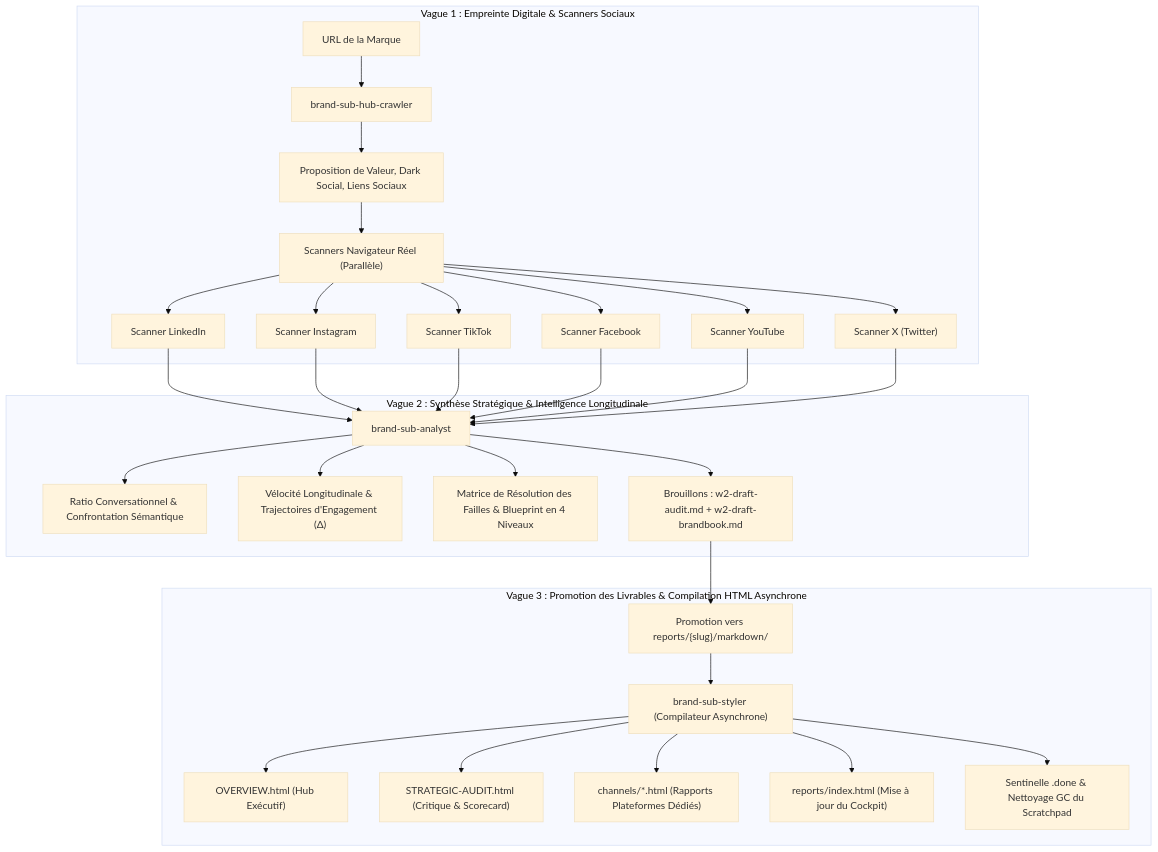
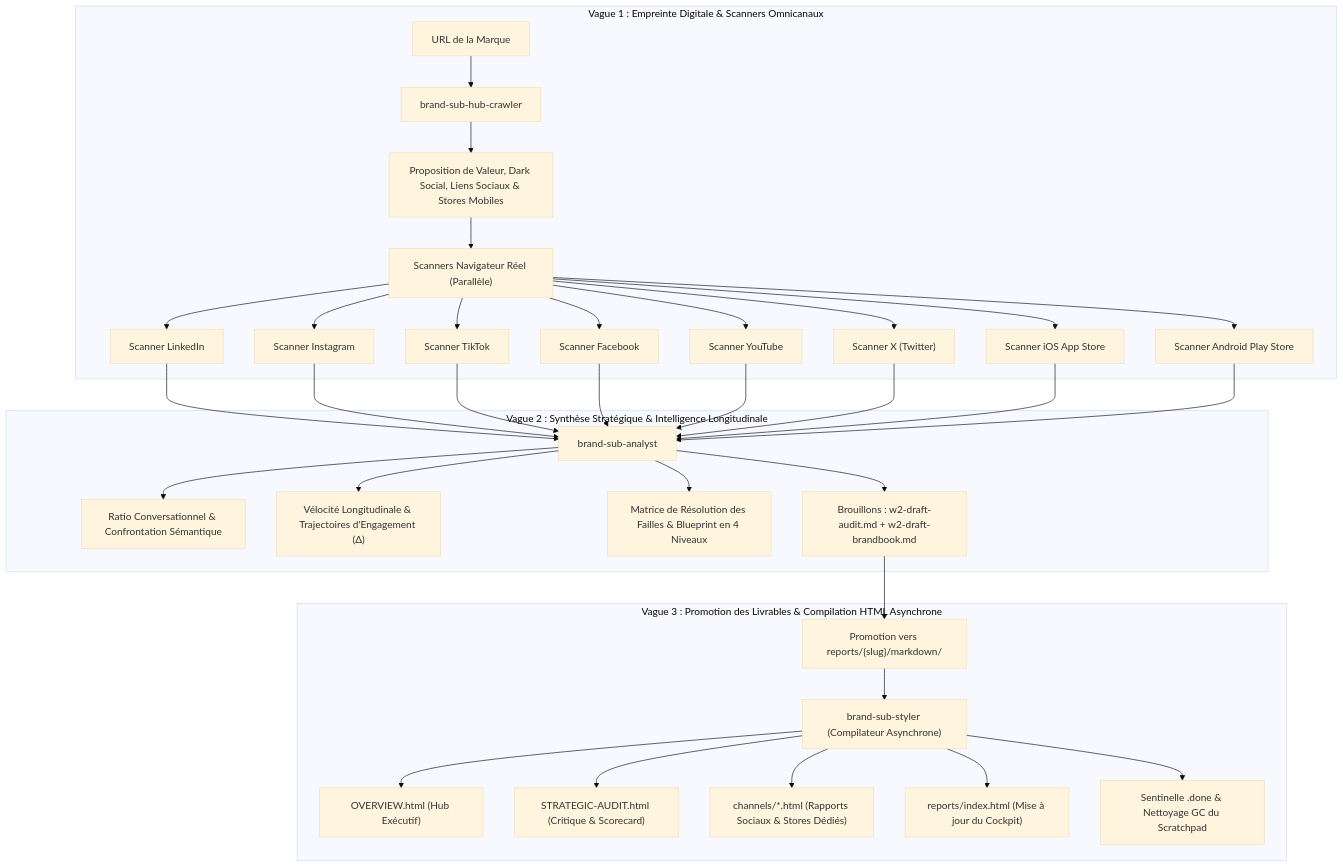
Before and after one commit to nicolasvd/brand-agents-agy: the diagram in README.fr.md, drawn with Mermaid (base theme). The commit also changed other lines of this file and 15 other files, not shown here.

Commit message:
feat: add iOS App Store and Google Play Store scanners, calibrate models, and update docs

````diff
--- a/README.fr.md
+++ b/README.fr.md
@@ -46,32 +46,34 @@
 ```mermaid
 flowchart TD
-    subgraph Wave1["Vague 1 : Empreinte Digitale & Scanners Sociaux"]
+    subgraph Wave1["Vague 1 : Empreinte Digitale & Scanners Omnicanaux"]
         A["URL de la Marque"] --> B["brand-sub-hub-crawler"]
-        B --> C["Proposition de Valeur, Dark Social, Liens Sociaux"]
+        B --> C["Proposition de Valeur, Dark Social, Liens Sociaux & Stores Mobiles"]
         C --> D["Scanners Navigateur Réel (Parallèle)"]
         D --> D1["Scanner LinkedIn"]
         D --> D2["Scanner Instagram"]
         D --> D3["Scanner TikTok"]
         D --> D4["Scanner Facebook"]
         D --> D5["Scanner YouTube"]
         D --> D6["Scanner X (Twitter)"]
+        D --> D7["Scanner iOS App Store"]
+        D --> D8["Scanner Android Play Store"]
     end
 
     subgraph Wave2["Vague 2 : Synthèse Stratégique & Intelligence Longitudinale"]
-        D1 & D2 & D3 & D4 & D5 & D6 --> E["brand-sub-analyst"]
+        D1 & D2 & D3 & D4 & D5 & D6 & D7 & D8 --> E["brand-sub-analyst"]
         E --> F["Ratio Conversationnel & Confrontation Sémantique"]
         E --> G["Vélocité Longitudinale & Trajectoires d'Engagement (Δ)"]
         E --> H["Matrice de Résolution des Failles & Blueprint en 4 Niveaux"]
         E --> I["Brouillons : w2-draft-audit.md + w2-draft-brandbook.md"]
     end
 
     subgraph Wave3["Vague 3 : Promotion des Livrables & Compilation HTML Asynchrone"]
         I --> J["Promotion vers reports/{slug}/markdown/"]
         J --> K["brand-sub-styler (Compilateur Asynchrone)"]
         K --> L["OVERVIEW.html (Hub Exécutif)"]
         K --> M["STRATEGIC-AUDIT.html (Critique & Scorecard)"]
-        K --> N["channels/*.html (Rapports Plateformes Dédiés)"]
+        K --> N["channels/*.html (Rapports Sociaux & Stores Dédiés)"]
         K --> O["reports/index.html (Mise à jour du Cockpit)"]
         K --> P["Sentinelle .done & Nettoyage GC du Scratchpad"]
     end
 ```
````
